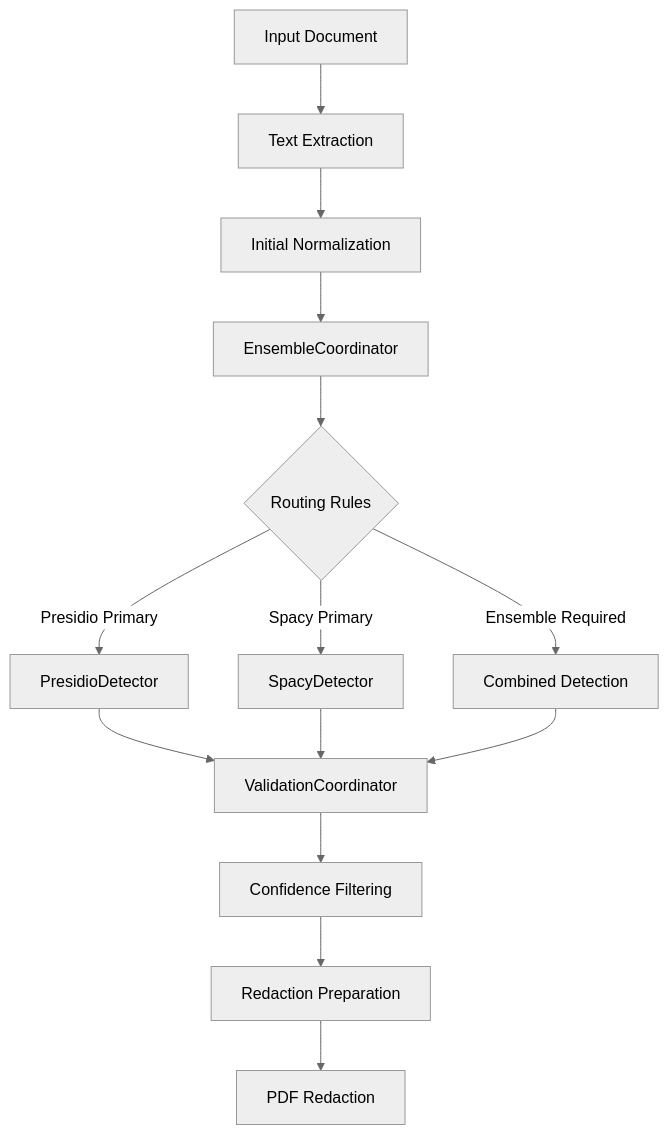
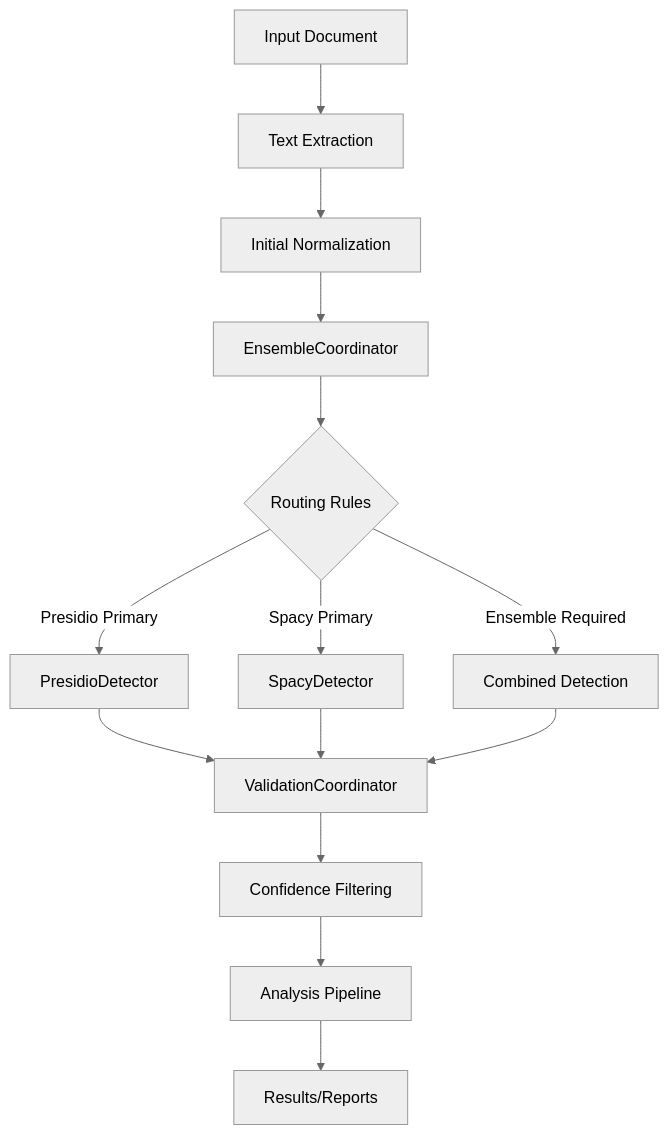
One commit to brockwebb/resume_transcript_redaction changed the first of 16 diagrams in redaction_system_architecture.md. Above: the diagram before and after it, drawn with Mermaid (neutral theme). The commit also changed other lines of this file, not shown here.

First line of the commit message:
Update redaction_system_architecture.md

````diff
--- a/redaction_system_architecture.md
+++ b/redaction_system_architecture.md
@@ -176,16 +59,16 @@
 ```mermaid
 graph TD
     A[Input Document] --> B[Text Extraction]
     B --> C[Initial Normalization]
     C --> D[EnsembleCoordinator]
     D --> E{Routing Rules}
     E -->|Presidio Primary| F[PresidioDetector]
     E -->|Spacy Primary| G[SpacyDetector]
     E -->|Ensemble Required| H[Combined Detection]
     F --> I[ValidationCoordinator]
     G --> I
     H --> I
     I --> J[Confidence Filtering]
-    J --> K[Redaction Preparation]
-    K --> L[PDF Redaction]
+    J --> K[Analysis Pipeline]
+    K --> L[Results/Reports]
 ```
````
